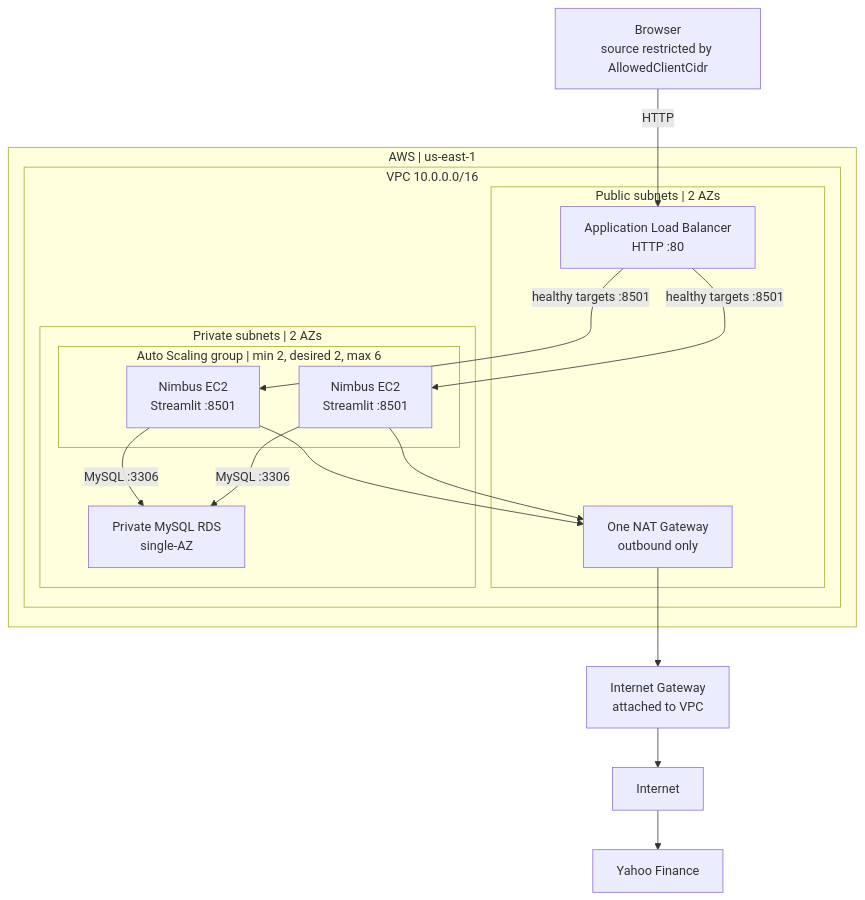
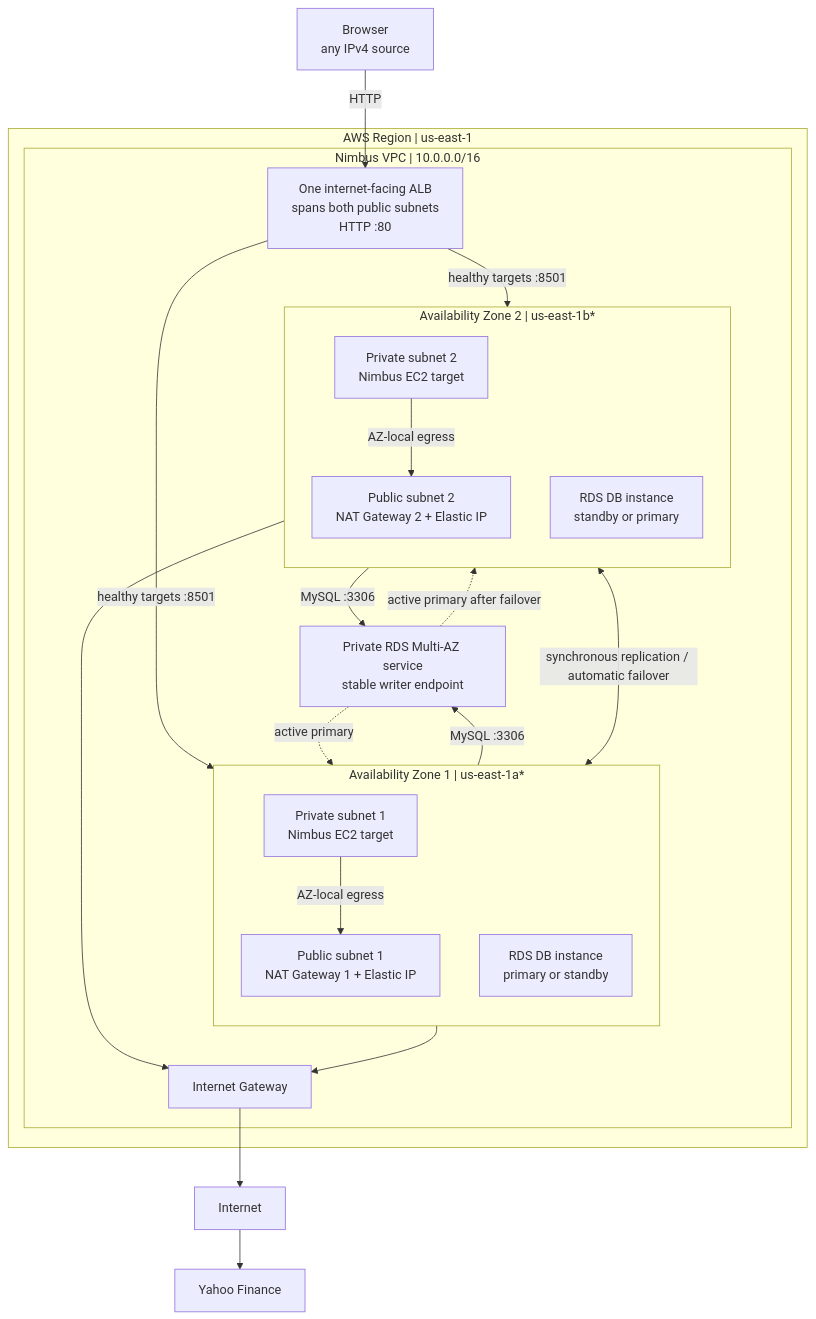
The diagram in README.md (zihaow17/nimbus-app-ds600g5), drawn with Mermaid before and after one commit. The commit also changed other lines of this file and 2 other files, not shown here.

````diff
--- a/README.md
+++ b/README.md
@@ -22,35 +22,44 @@
 ```mermaid
 flowchart TB
-    Client["Browser<br/>source restricted by AllowedClientCidr"]
-    IGW["Internet Gateway<br/>attached to VPC"]
+    Client["Browser<br/>any IPv4 source"]
     Internet["Internet"]
     Yahoo["Yahoo Finance"]
 
-    subgraph AWS["AWS | us-east-1"]
-        subgraph VPC["VPC 10.0.0.0/16"]
-            subgraph Public["Public subnets | 2 AZs"]
-                ALB["Application Load Balancer<br/>HTTP :80"]
-                NAT["One NAT Gateway<br/>outbound only"]
+    subgraph AWS["AWS Region | us-east-1"]
+        subgraph VPC["Nimbus VPC | 10.0.0.0/16"]
+            IGW["Internet Gateway"]
+            ALB["One internet-facing ALB<br/>spans both public subnets<br/>HTTP :80"]
+            RDS["Private RDS Multi-AZ service<br/>stable writer endpoint"]
+
+            subgraph AZ1["Availability Zone 1 | us-east-1a*"]
+                direction TB
+                Pub1["Public subnet 1<br/>NAT Gateway 1 + Elastic IP"]
+                Priv1["Private subnet 1<br/>Nimbus EC2 target"]
+                DBInstance1["RDS DB instance<br/>primary or standby"]
             end
-            subgraph Private["Private subnets | 2 AZs"]
-                subgraph AppASG["Auto Scaling group | min 2, desired 2, max 6"]
-                    EC2A["Nimbus EC2<br/>Streamlit :8501"]
-                    EC2B["Nimbus EC2<br/>Streamlit :8501"]
-                end
-                RDS["Private MySQL RDS<br/>single-AZ"]
+
+            subgraph AZ2["Availability Zone 2 | us-east-1b*"]
+                direction TB
+                Pub2["Public subnet 2<br/>NAT Gateway 2 + Elastic IP"]
+                Priv2["Private subnet 2<br/>Nimbus EC2 target"]
+                DBInstance2["RDS DB instance<br/>standby or primary"]
             end
         end
     end
 
     Client -->|HTTP| ALB
-    ALB -->|healthy targets :8501| EC2A
-    ALB -->|healthy targets :8501| EC2B
-    EC2A -->|MySQL :3306| RDS
-    EC2B -->|MySQL :3306| RDS
-    EC2A --> NAT
-    EC2B --> NAT
-    NAT --> IGW
+    ALB -->|healthy targets :8501| Priv1
+    ALB -->|healthy targets :8501| Priv2
+    Priv1 -->|MySQL :3306| RDS
+    Priv2 -->|MySQL :3306| RDS
+    RDS -. active primary .-> DBInstance1
+    RDS -. active primary after failover .-> DBInstance2
+    DBInstance1 <-->|synchronous replication / automatic failover| DBInstance2
+    Priv1 -->|AZ-local egress| Pub1
+    Priv2 -->|AZ-local egress| Pub2
+    Pub1 --> IGW
+    Pub2 --> IGW
     IGW --> Internet
     Internet --> Yahoo
 
 ```
````
